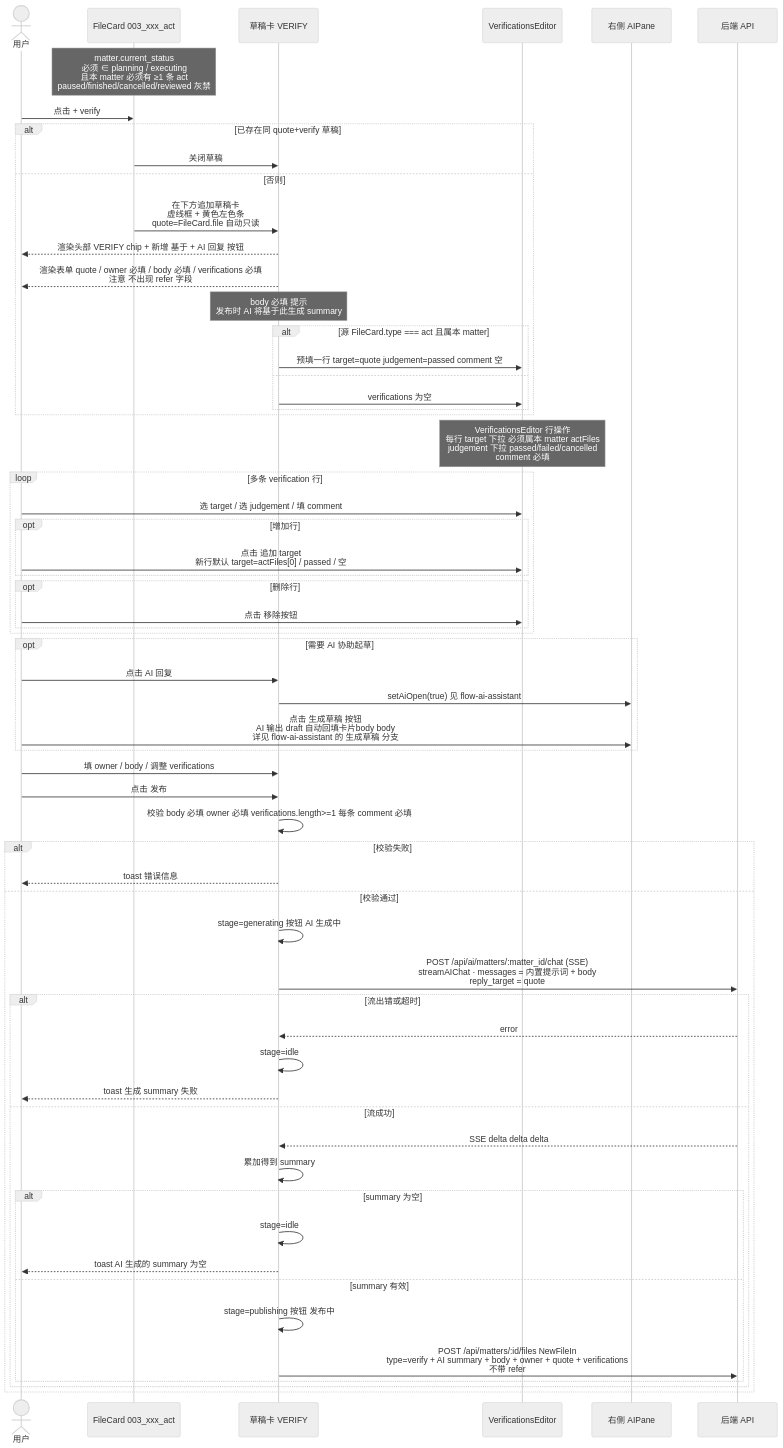
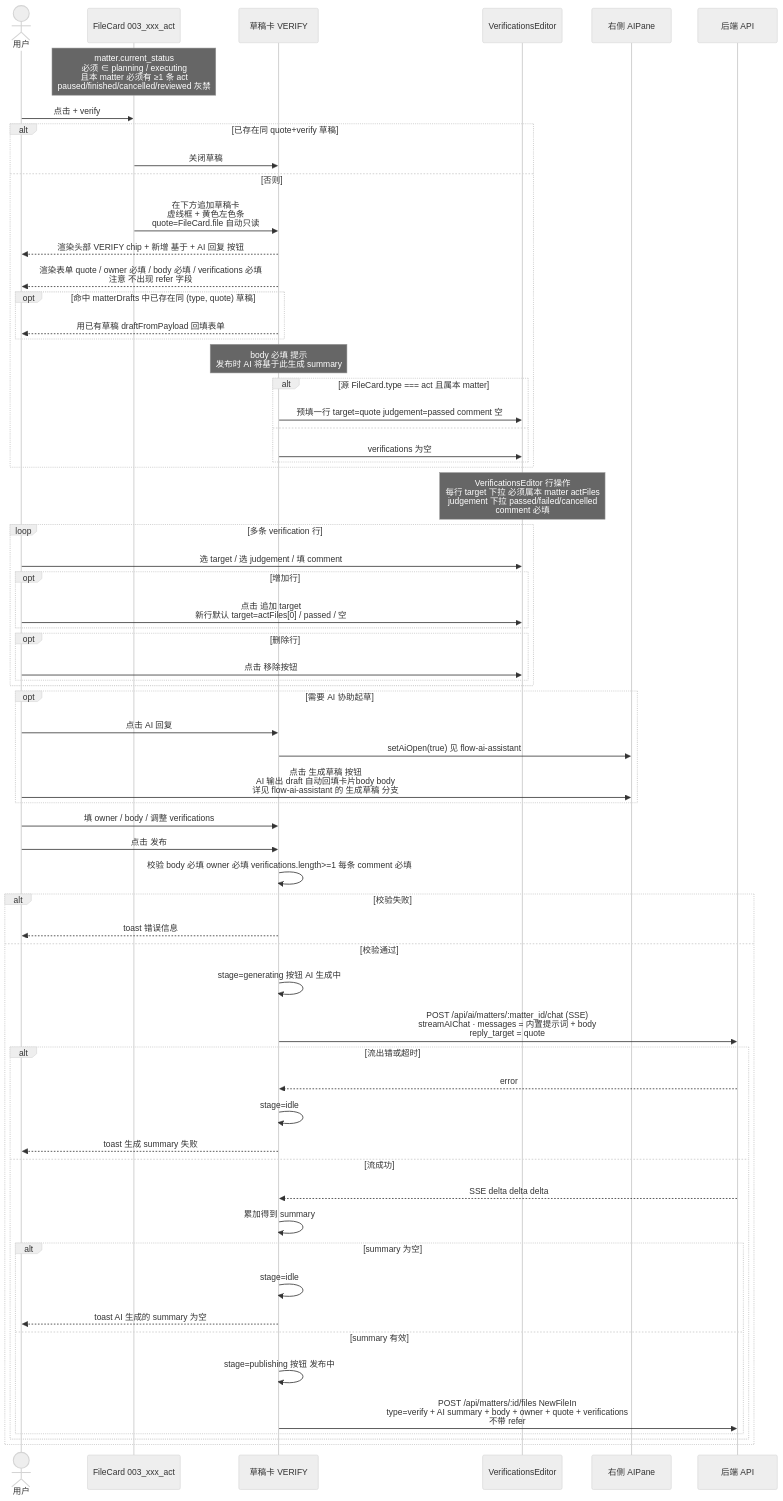
One commit to Tjk666Tjk6660/team-pivot-web changed the diagram in AI-docs/workflow-interaction/flow-verify-card.md. Above: the diagram before and after it, drawn with Mermaid (neutral theme). The commit also changed 6 other files, not shown here.

Commit message:
docs(matter): add workflow-interaction sequence diagram

````diff
--- a/AI-docs/workflow-interaction/flow-verify-card.md
+++ b/AI-docs/workflow-interaction/flow-verify-card.md
@@ -10,73 +10,76 @@
 ```mermaid
 sequenceDiagram
   actor U as 用户
   participant FC as FileCard 003_xxx_act
   participant DC as 草稿卡 VERIFY
   participant VE as VerificationsEditor
   participant AP as 右侧 AIPane
   participant API as 后端 API
 
   Note over FC: matter.current_status<br/>必须 ∈ planning / executing<br/>且本 matter 必须有 ≥1 条 act<br/>paused/finished/cancelled/reviewed 灰禁
 
   U->>FC: 点击 + verify
   alt 已存在同 quote+verify 草稿
     FC->>DC: 关闭草稿
   else 否则
     FC->>DC: 在下方追加草稿卡<br/>虚线框 + 黄色左色条<br/>quote=FileCard.file 自动只读
     DC-->>U: 渲染头部 VERIFY chip + 新增 基于 + AI 回复 按钮
     DC-->>U: 渲染表单 quote / owner 必填 / body 必填 / verifications 必填<br/>注意 不出现 refer 字段
+    opt 命中 matterDrafts 中已存在同 (type, quote) 草稿
+      DC-->>U: 用已有草稿 draftFromPayload 回填表单
+    end
     Note over DC: body 必填 提示<br/>发布时 AI 将基于此生成 summary
 
     alt 源 FileCard.type === act 且属本 matter
       DC->>VE: 预填一行 target=quote judgement=passed comment 空
     else
       DC->>VE: verifications 为空
     end
   end
 
   Note over VE: VerificationsEditor 行操作<br/>每行 target 下拉 必须属本 matter actFiles<br/>judgement 下拉 passed/failed/cancelled<br/>comment 必填
 
   loop 多条 verification 行
     U->>VE: 选 target / 选 judgement / 填 comment
     opt 增加行
       U->>VE: 点击 追加 target<br/>新行默认 target=actFiles[0] / passed / 空
     end
     opt 删除行
       U->>VE: 点击 移除按钮
     end
   end
 
   opt 需要 AI 协助起草
     U->>DC: 点击 AI 回复
     DC->>AP: setAiOpen(true) 见 flow-ai-assistant
     U->>AP: 点击 生成草稿 按钮<br/>AI 输出 draft 自动回填卡片body body<br/>详见 flow-ai-assistant 的 生成草稿 分支
   end
 
   U->>DC: 填 owner / body / 调整 verifications
   U->>DC: 点击 发布
 
   DC->>DC: 校验 body 必填 owner 必填 verifications.length>=1 每条 comment 必填
   alt 校验失败
     DC-->>U: toast 错误信息
   else 校验通过
     DC->>DC: stage=generating 按钮 AI 生成中
 
     DC->>API: POST /api/ai/matters/:matter_id/chat (SSE)<br/>streamAIChat · messages = 内置提示词 + body<br/>reply_target = quote
     alt 流出错或超时
       API-->>DC: error
       DC->>DC: stage=idle
       DC-->>U: toast 生成 summary 失败
     else 流成功
       API-->>DC: SSE delta delta delta
       DC->>DC: 累加得到 summary
 
       alt summary 为空
         DC->>DC: stage=idle
         DC-->>U: toast AI 生成的 summary 为空
       else summary 有效
         DC->>DC: stage=publishing 按钮 发布中
         DC->>API: POST /api/matters/:id/files NewFileIn<br/>type=verify + AI summary + body + owner + quote + verifications<br/>不带 refer
       end
     end
   end
 ```
````
